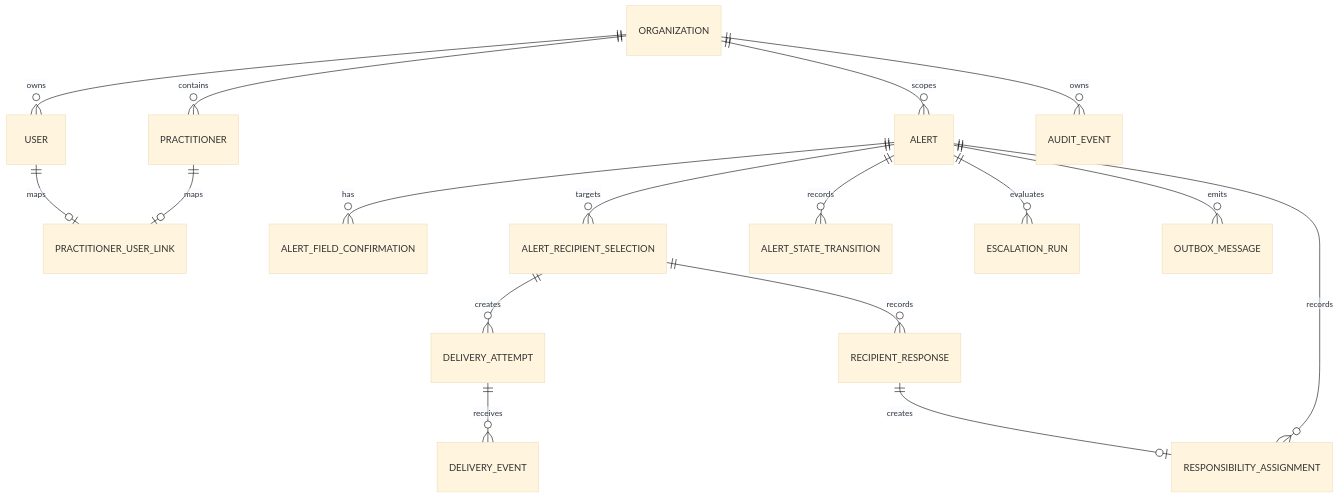
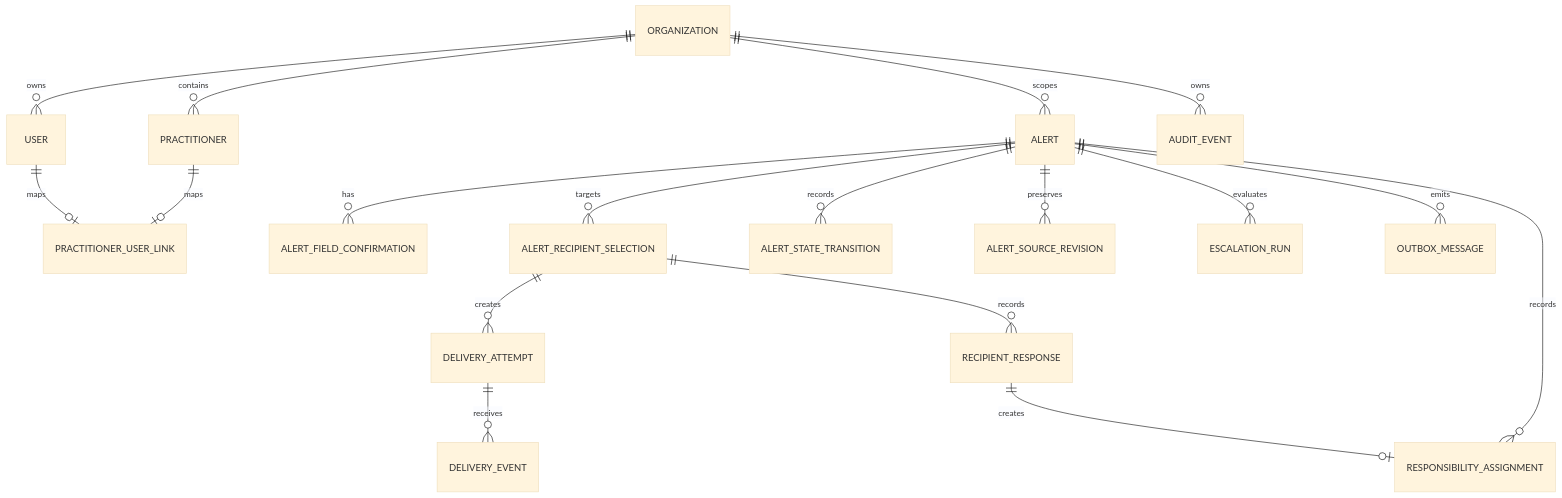
One commit to Ghaith-1996/Hospital changed the diagram in docs/architecture/data-model.md. Above: the diagram before and after it, drawn with Mermaid (base theme). The commit also changed other lines of this file and 115 other files, not shown here.

````diff
--- a/docs/architecture/data-model.md
+++ b/docs/architecture/data-model.md
@@ -101,19 +105,20 @@
 ```mermaid
 erDiagram
     ORGANIZATION ||--o{ USER : owns
     ORGANIZATION ||--o{ PRACTITIONER : contains
     USER ||--o| PRACTITIONER_USER_LINK : maps
     PRACTITIONER ||--o| PRACTITIONER_USER_LINK : maps
     ORGANIZATION ||--o{ ALERT : scopes
     ALERT ||--o{ ALERT_FIELD_CONFIRMATION : has
     ALERT ||--o{ ALERT_RECIPIENT_SELECTION : targets
     ALERT ||--o{ ALERT_STATE_TRANSITION : records
+    ALERT ||--o{ ALERT_SOURCE_REVISION : preserves
     ALERT_RECIPIENT_SELECTION ||--o{ DELIVERY_ATTEMPT : creates
     DELIVERY_ATTEMPT ||--o{ DELIVERY_EVENT : receives
     ALERT_RECIPIENT_SELECTION ||--o{ RECIPIENT_RESPONSE : records
     RECIPIENT_RESPONSE ||--o| RESPONSIBILITY_ASSIGNMENT : creates
     ALERT ||--o{ RESPONSIBILITY_ASSIGNMENT : records
     ALERT ||--o{ ESCALATION_RUN : evaluates
     ALERT ||--o{ OUTBOX_MESSAGE : emits
     ORGANIZATION ||--o{ AUDIT_EVENT : owns
 ```
````
